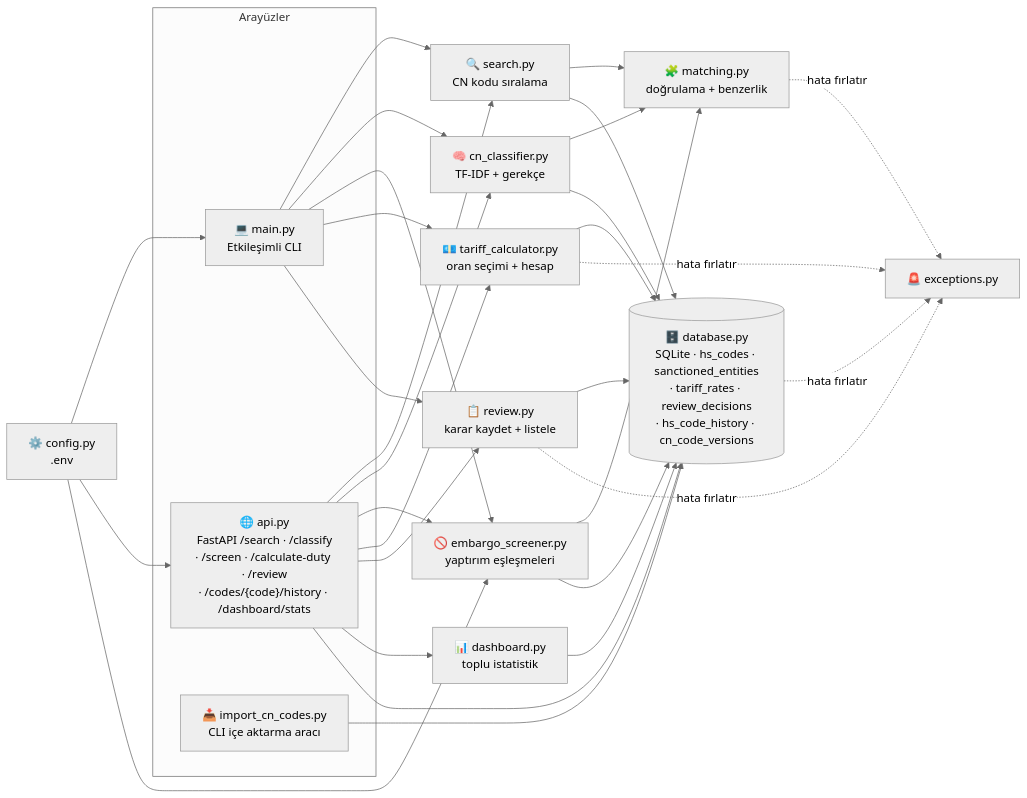
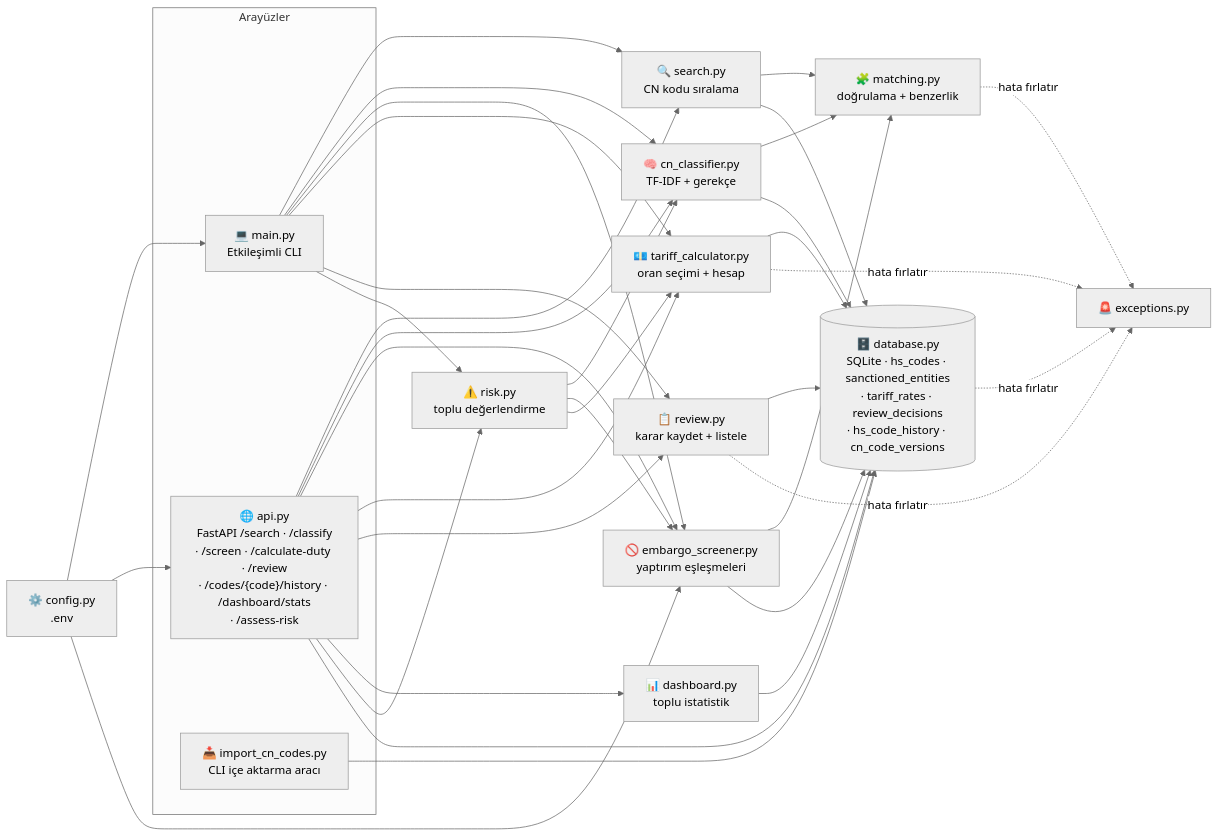
One commit to Mutersec/CustomsIQ changed the first of 2 diagrams in README.tr.md. Above: the diagram before and after it, drawn with Mermaid (neutral theme). The commit also changed other lines of this file and 9 other files, not shown here.

````diff
--- a/README.tr.md
+++ b/README.tr.md
@@ -97,49 +98,55 @@
 ```mermaid
 flowchart LR
     subgraph Arayuzler["Arayüzler"]
         CLI["💻 main.py<br/>Etkileşimli CLI"]
-        API["🌐 api.py<br/>FastAPI /search · /classify<br/>· /screen · /calculate-duty · /review<br/>· /codes/{code}/history · /dashboard/stats"]
+        API["🌐 api.py<br/>FastAPI /search · /classify<br/>· /screen · /calculate-duty · /review<br/>· /codes/{code}/history · /dashboard/stats<br/>· /assess-risk"]
         IMPORT["📥 import_cn_codes.py<br/>CLI içe aktarma aracı"]
     end
 
     SEARCH["🔍 search.py<br/>CN kodu sıralama"]
     CLS["🧠 cn_classifier.py<br/>TF-IDF + gerekçe"]
     SCREEN["🚫 embargo_screener.py<br/>yaptırım eşleşmeleri"]
     DUTY["💶 tariff_calculator.py<br/>oran seçimi + hesap"]
     REVIEW["📋 review.py<br/>karar kaydet + listele"]
     DASH["📊 dashboard.py<br/>toplu istatistik"]
+    RISK["⚠️ risk.py<br/>toplu değerlendirme"]
     MATCH["🧩 matching.py<br/>doğrulama + benzerlik"]
     DB[("🗄️ database.py<br/>SQLite · hs_codes · sanctioned_entities<br/>· tariff_rates · review_decisions<br/>· hs_code_history · cn_code_versions")]
     EXC["🚨 exceptions.py"]
     CFG["⚙️ config.py<br/>.env"]
 
     CLI --> SEARCH
     CLI --> CLS
     CLI --> SCREEN
     CLI --> DUTY
     CLI --> REVIEW
+    CLI --> RISK
     API --> SEARCH
     API --> CLS
     API --> SCREEN
     API --> DUTY
     API --> REVIEW
     API --> DASH
+    API --> RISK
     API --> DB
     IMPORT --> DB
     DASH --> DB
+    RISK --> CLS
+    RISK --> SCREEN
+    RISK --> DUTY
     SEARCH --> MATCH
     CLS --> MATCH
     SCREEN --> MATCH
     SEARCH --> DB
     CLS --> DB
     SCREEN --> DB
     DUTY --> DB
     REVIEW --> DB
     DUTY -. hata fırlatır .-> EXC
     MATCH -. hata fırlatır .-> EXC
     DB -. hata fırlatır .-> EXC
     REVIEW -. hata fırlatır .-> EXC
     CFG --> CLI
     CFG --> API
     CFG --> SCREEN
 ```
````
